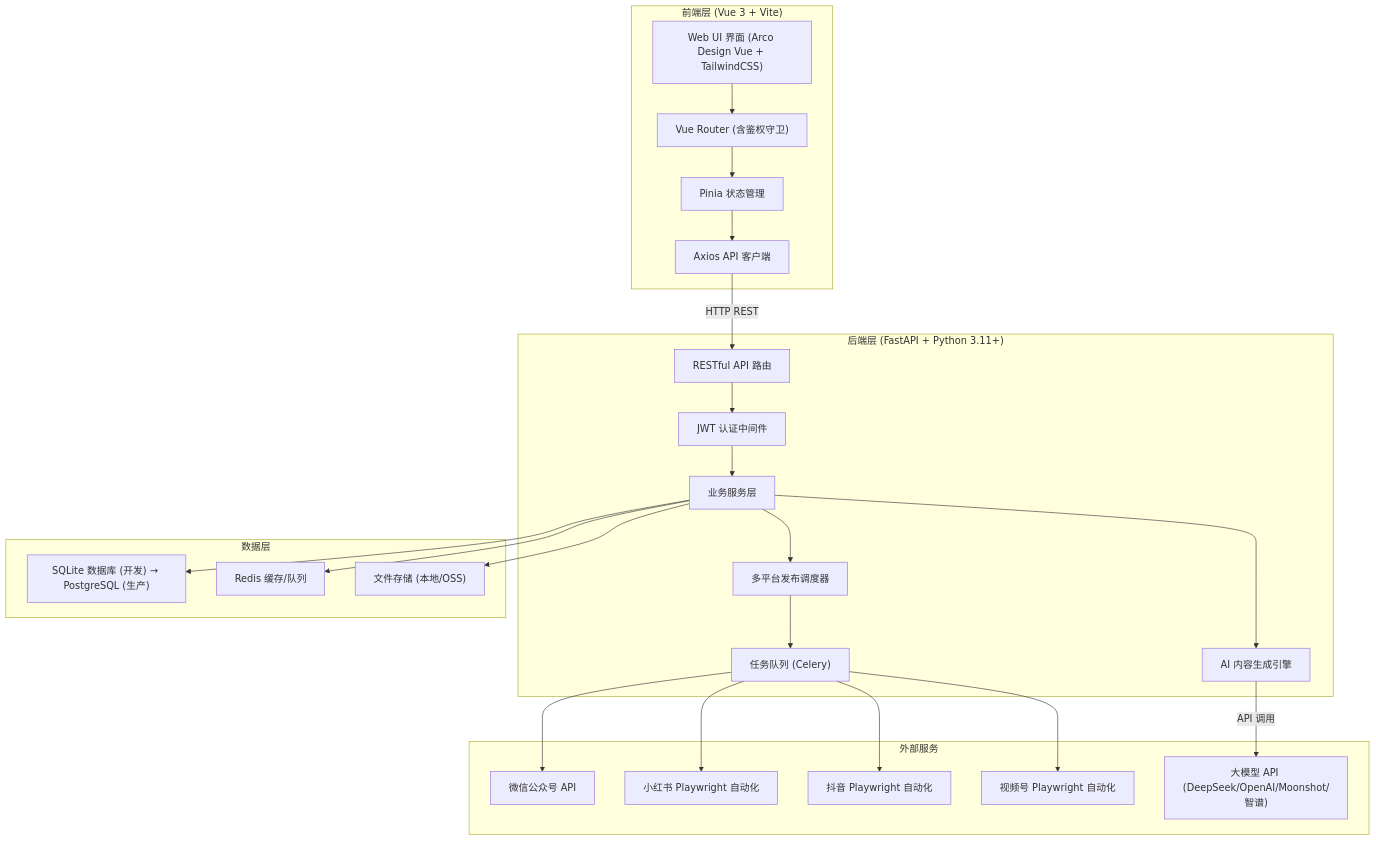
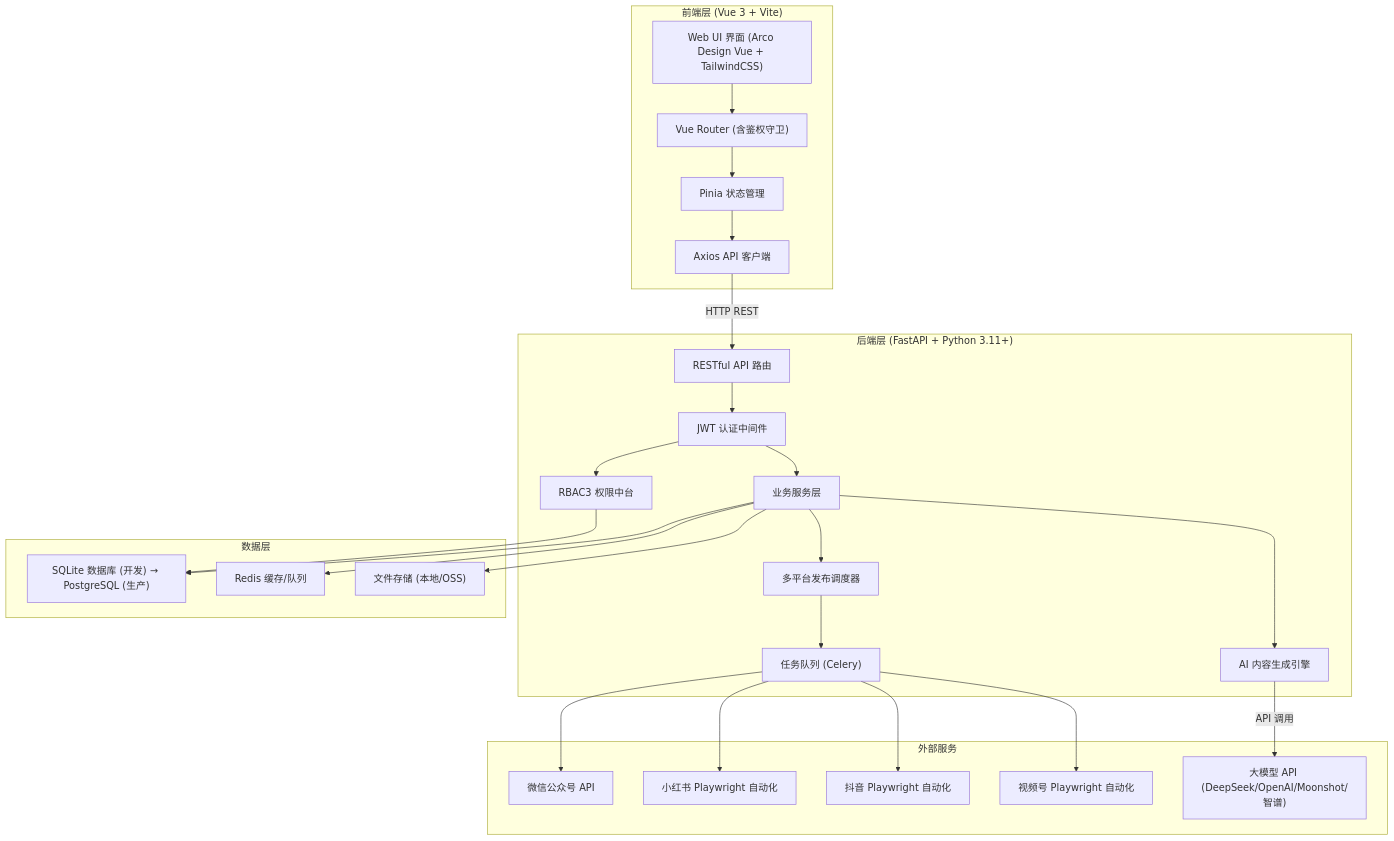
Before and after one commit to zhangming123456/ai-multi-platform-release: the first of 3 diagrams in .trae/documents/Technical-Architecture.md, drawn with Mermaid. The commit also changed other lines of this file and 49 other files, not shown here.

````diff
--- a/.trae/documents/Technical-Architecture.md
+++ b/.trae/documents/Technical-Architecture.md
@@ -3,50 +5,53 @@
 ```mermaid
 flowchart TB
     subgraph Frontend["前端层 (Vue 3 + Vite)"]
         UI["Web UI 界面 (Arco Design Vue + TailwindCSS)"]
         Router["Vue Router (含鉴权守卫)"]
         Store["Pinia 状态管理"]
         APIClient["Axios API 客户端"]
     end
 
     subgraph Backend["后端层 (FastAPI + Python 3.11+)"]
         API["RESTful API 路由"]
         Auth["JWT 认证中间件"]
         Services["业务服务层"]
         AIEngine["AI 内容生成引擎"]
         Publisher["多平台发布调度器"]
         TaskQueue["任务队列 (Celery)"]
+        RBAC3["RBAC3 权限中台"]
     end
 
     subgraph Data["数据层"]
         DB["SQLite 数据库 (开发) → PostgreSQL (生产)"]
         Redis["Redis 缓存/队列"]
         FileStorage["文件存储 (本地/OSS)"]
     end
 
     subgraph External["外部服务"]
         WeChatAPI["微信公众号 API"]
         XHSAuto["小红书 Playwright 自动化"]
         DouyinAuto["抖音 Playwright 自动化"]
         VCAuto["视频号 Playwright 自动化"]
         LLM["大模型 API (DeepSeek/OpenAI/Moonshot/智谱)"]
     end
 
     UI --> Router
     Router --> Store
     Store --> APIClient
     APIClient -->|HTTP REST| API
     API --> Auth
     Auth --> Services
+    Auth --> RBAC3
     Services --> AIEngine
     Services --> Publisher
     AIEngine -->|API 调用| LLM
     Publisher --> TaskQueue
     TaskQueue --> WeChatAPI
     TaskQueue --> XHSAuto
     TaskQueue --> DouyinAuto
     TaskQueue --> VCAuto
     Services --> DB
+    RBAC3 --> DB
     Services --> Redis
     Services --> FileStorage
 ```
````
